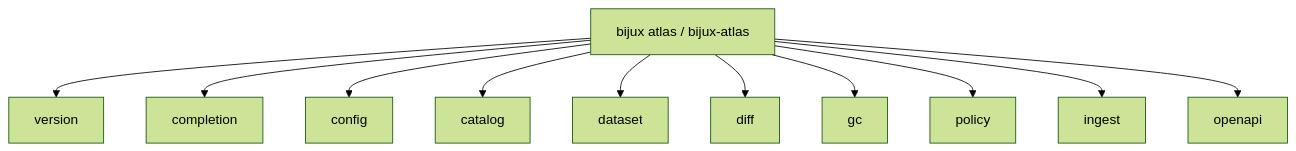
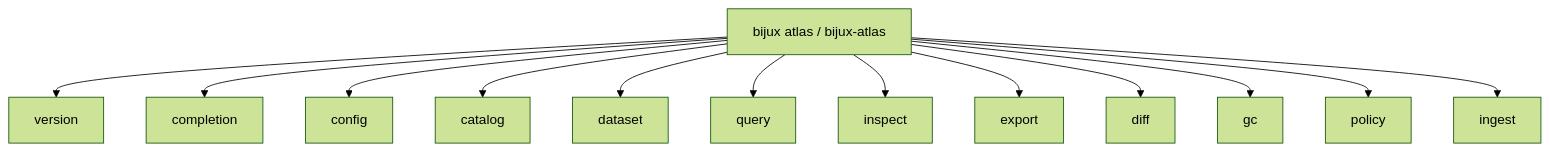
The first of 2 diagrams in docs/bijux-atlas/interfaces/command-surface.md (bijux/bijux-atlas), drawn with Mermaid (forest theme) before and after one commit. The commit also changed other lines of this file, not shown here.

Commit message:
docs(cli): document query inspect export command families

````diff
--- a/docs/bijux-atlas/interfaces/command-surface.md
+++ b/docs/bijux-atlas/interfaces/command-surface.md
@@ -21,13 +21,15 @@
 ```mermaid
 flowchart TD
     CLI[bijux atlas / bijux-atlas] --> Version[version]
     CLI --> Completion[completion]
     CLI[bijux atlas / bijux-atlas] --> Config[config]
     CLI --> Catalog[catalog]
     CLI --> Dataset[dataset]
+    CLI --> Query[query]
+    CLI --> Inspect[inspect]
+    CLI --> Export[export]
     CLI --> Diff[diff]
     CLI --> Gc[gc]
     CLI --> Policy[policy]
     CLI --> Ingest[ingest]
-    CLI --> OpenAPI[openapi]
 ```
````
